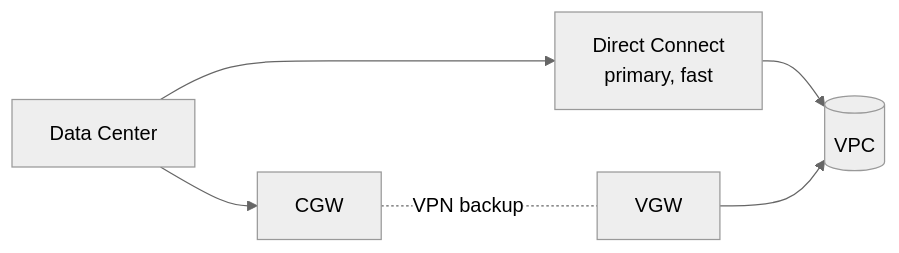
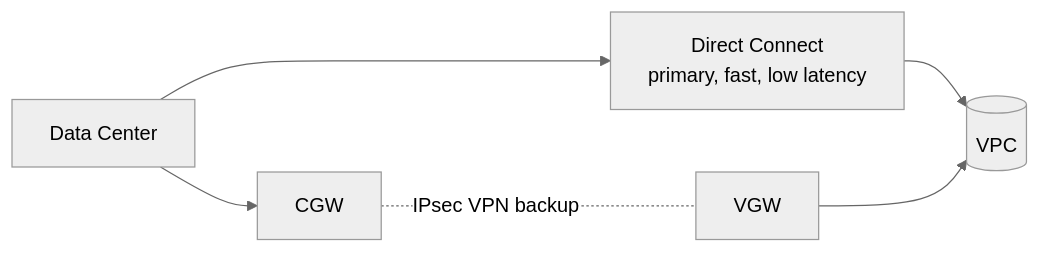
The fifth of 6 diagrams in AWS-SAP-C02-Study-Notes/02-Networking/05-site-to-site-vpn.md (vijayclarion/architecturestudy), drawn with Mermaid (neutral theme) before and after one commit. The commit also changed other lines of this file and 119 other files, not shown here.

````diff
--- a/AWS-SAP-C02-Study-Notes/02-Networking/05-site-to-site-vpn.md
+++ b/AWS-SAP-C02-Study-Notes/02-Networking/05-site-to-site-vpn.md
@@ -108,8 +242,8 @@
 ```mermaid
 flowchart LR
-    DC[Data Center] --> DX[Direct Connect<br/>primary, fast]
+    DC[Data Center] --> DX[Direct Connect<br/>primary, fast, low latency]
     DC --> CGW[CGW]
-    CGW -.VPN backup.- VGW
+    CGW -. IPsec VPN backup .- VGW[VGW]
     DX --> VPC[(VPC)]
     VGW --> VPC
 ```
````
